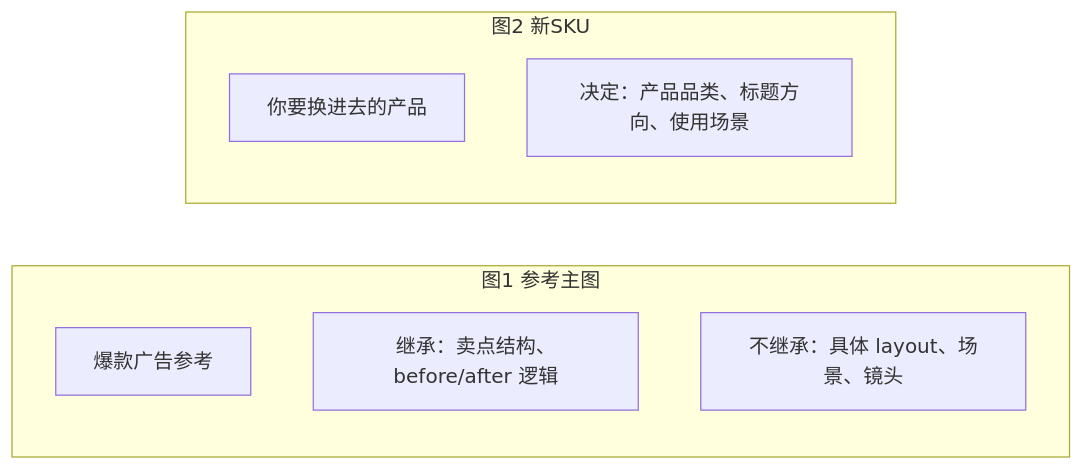
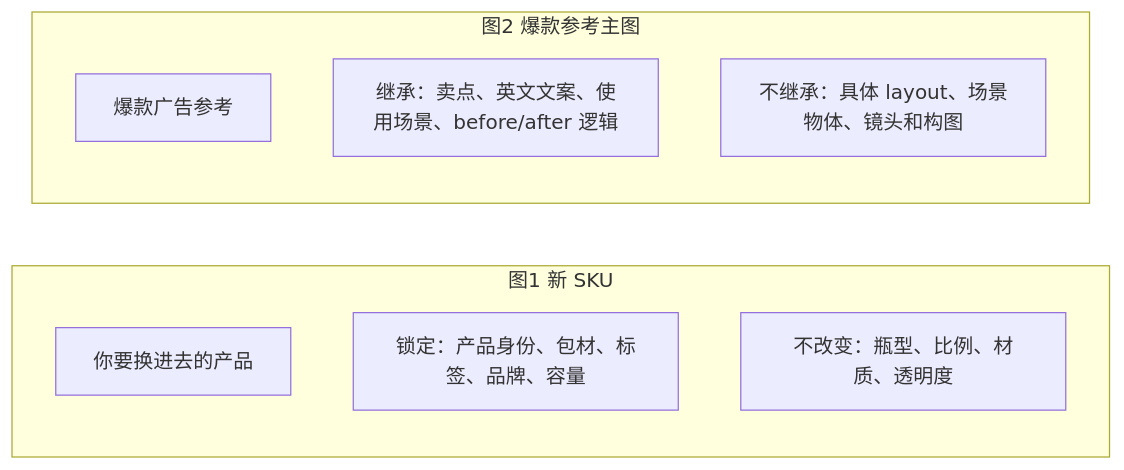
One commit to Hayreal/Tickpic changed the fourth of 16 diagrams in docs/SKU作图逻辑说明.md. Above: the diagram before and after it, drawn with Mermaid. The commit also changed other lines of this file and 11 other files, not shown here.

Commit message:
修复sku爆款主图

````diff
--- a/docs/SKU作图逻辑说明.md
+++ b/docs/SKU作图逻辑说明.md
@@ -120,13 +120,14 @@
 ```mermaid
 flowchart LR
-    subgraph 图1 参考主图
-        H1[爆款广告参考]
-        H2[继承：卖点结构、before/after 逻辑]
-        H3[不继承：具体 layout、场景、镜头]
+    subgraph 图1 新 SKU
+        H1[你要换进去的产品]
+        H2[锁定：产品身份、包材、标签、品牌、容量]
+        H3[不改变：瓶型、比例、材质、透明度]
     end
 
-    subgraph 图2 新SKU
-        N1[你要换进去的产品]
-        N2[决定：产品品类、标题方向、使用场景]
+    subgraph 图2 爆款参考主图
+        N1[爆款广告参考]
+        N2[继承：卖点、英文文案、使用场景、before/after 逻辑]
+        N3[不继承：具体 layout、场景物体、镜头和构图]
     end
 ```
````
